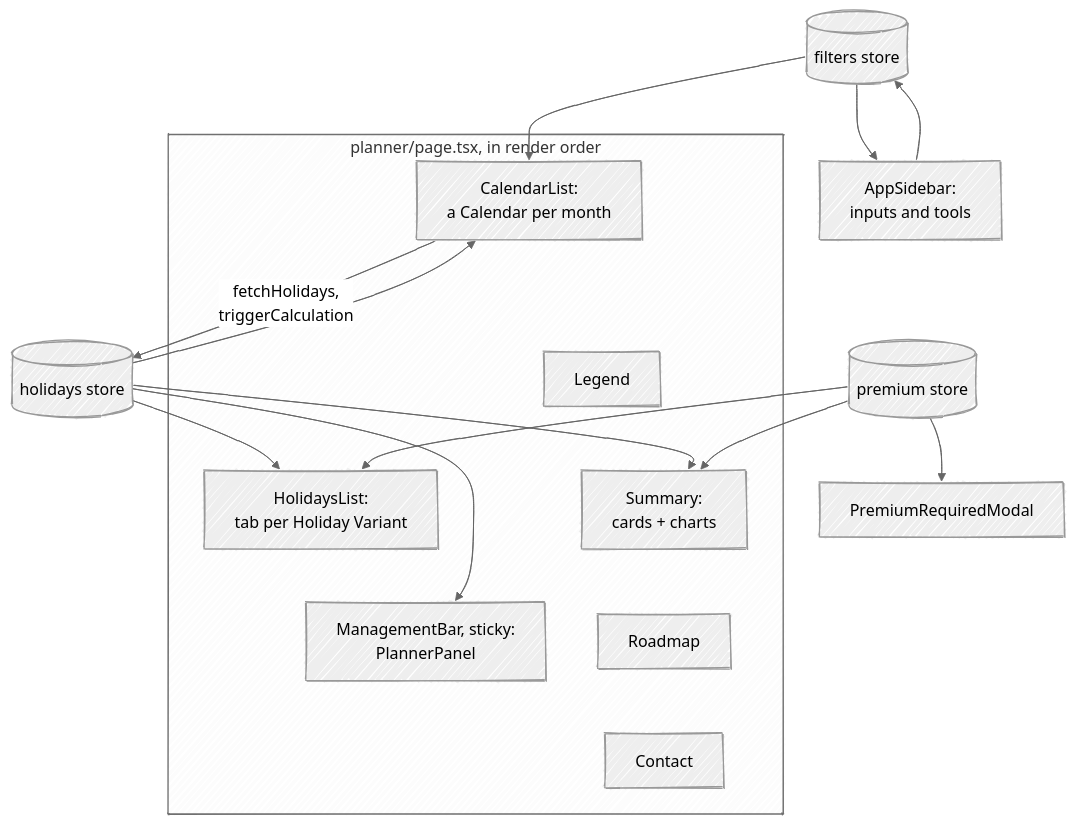
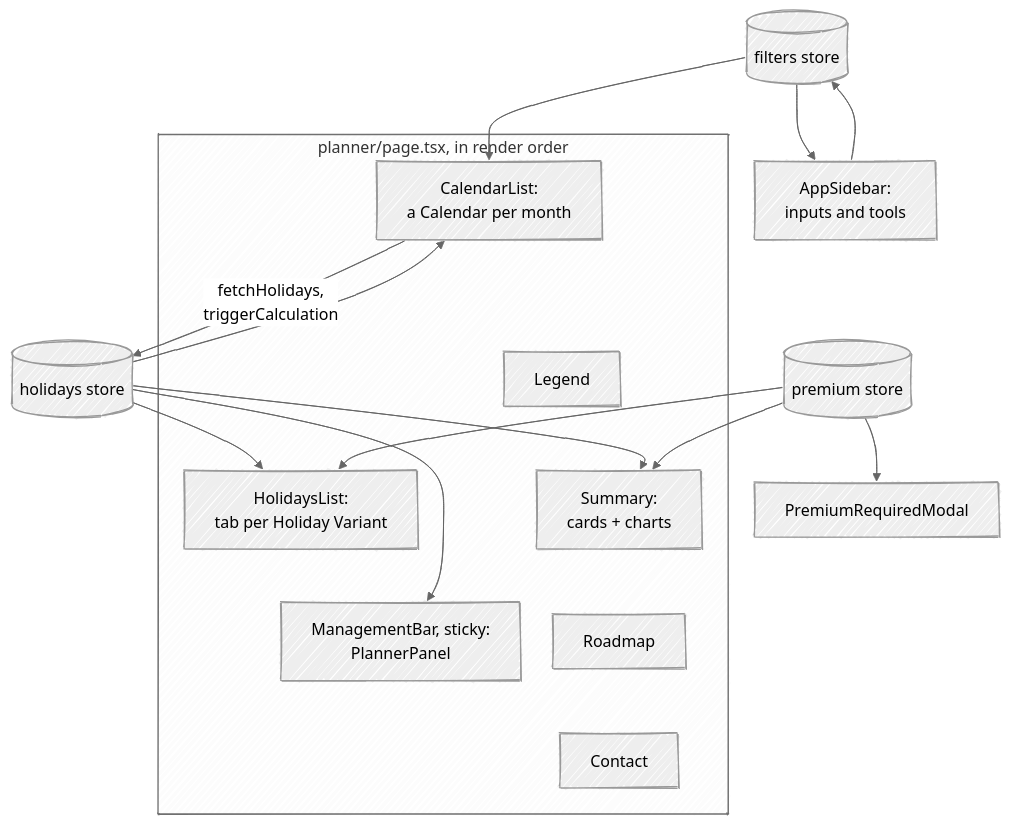
The first of 2 diagrams in apps/docs/src/content/docs/how-it-works/planner-ui.mdx (fbuireu/forever-pto), drawn with Mermaid (neutral theme) before and after one commit. The commit also changed other lines of this file and 26 other files, not shown here.

First line of the commit message:
docs(diagrams): fix split words, overlaps and oversized Mermaid diagrams

````diff
--- a/apps/docs/src/content/docs/how-it-works/planner-ui.mdx
+++ b/apps/docs/src/content/docs/how-it-works/planner-ui.mdx
@@ -10,25 +10,27 @@
 ```mermaid
 ---
 config:
   look: handDrawn
   layout: dagre
+  flowchart:
+    nodeSpacing: 30
 ---
 flowchart TB
   FS[(filters store)] --> SB["AppSidebar:<br/>inputs and tools"]
   SB --> FS
   FS --> CL
   subgraph page [planner/page.tsx, in render order]
     HL["HolidaysList:<br/>tab per Holiday Variant"]
     MB["ManagementBar, sticky:<br/>PlannerPanel"]
     CL["CalendarList:<br/>a Calendar per month"]
     LG[Legend]
     SM["Summary:<br/>cards + charts"]
     RM[Roadmap]
     CT[Contact]
     HL ~~~ MB ~~~ CL ~~~ LG ~~~ SM ~~~ RM ~~~ CT
   end
   CL -->|"fetchHolidays,<br/>triggerCalculation"| HS[(holidays store)]
   HS --> HL & MB & CL & SM
   PS[(premium store)] --> HL & SM
   PS --> PM[PremiumRequiredModal]
 ```
````
